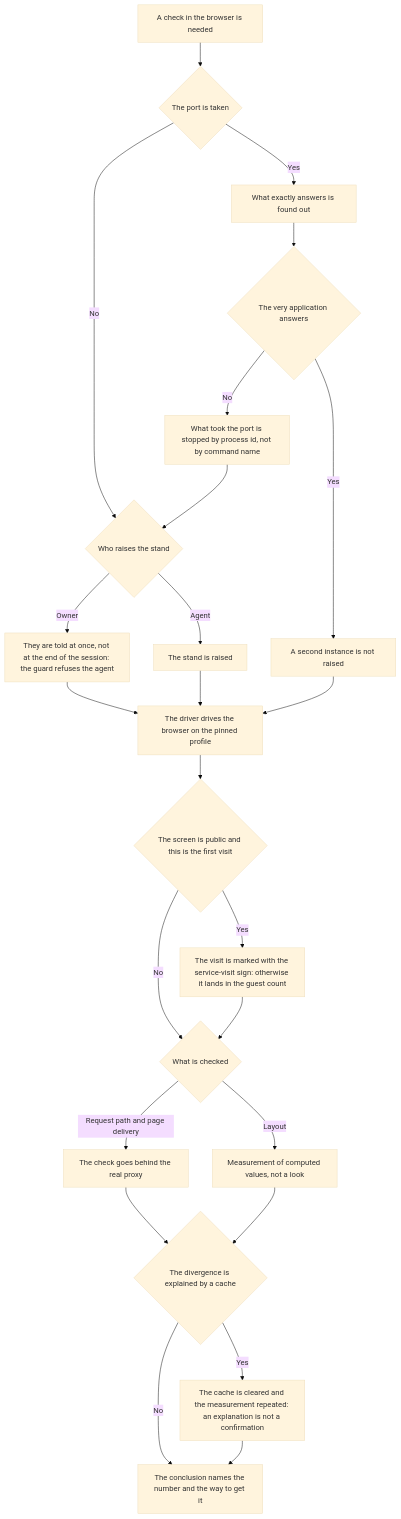
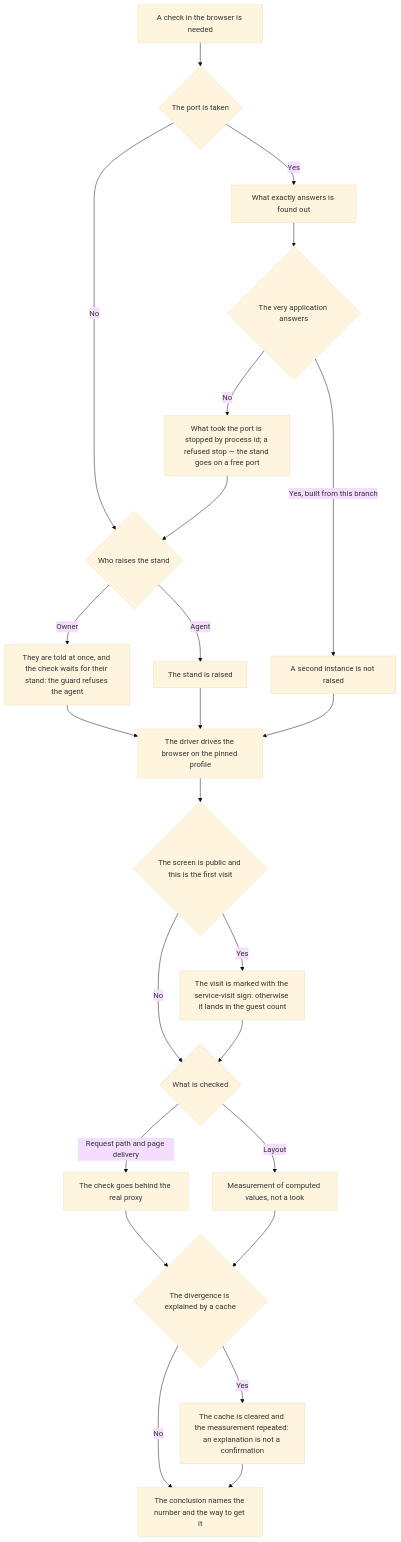
Before and after one commit to Eyhenij/rt-tools: the diagram in .claude/skills/browser-verification/SKILL.md, drawn with Mermaid (base theme). The commit also changed other lines of this file and 16 other files, not shown here.

````diff
--- a/.claude/skills/browser-verification/SKILL.md
+++ b/.claude/skills/browser-verification/SKILL.md
@@ -35,26 +35,26 @@
 ```mermaid
 flowchart TD
     A[A check in the browser is needed] --> B{The port is taken}
     B -->|Yes| C[What exactly answers is found out]
     B -->|No| D{Who raises the stand}
     C --> E{The very application answers}
-    E -->|Yes| F[A second instance is not raised]
-    E -->|No| T[What took the port is stopped by process id, not by command name]
+    E -->|Yes, built from this branch| F[A second instance is not raised]
+    E -->|No| T[What took the port is stopped by process id; a refused stop — the stand goes on a free port]
     T --> D
-    D -->|Owner| U[They are told at once, not at the end of the session: the guard refuses the agent]
+    D -->|Owner| U[They are told at once, and the check waits for their stand: the guard refuses the agent]
     D -->|Agent| V[The stand is raised]
     U --> G[The driver drives the browser on the pinned profile]
     V --> G
     F --> G
     G --> W{The screen is public and this is the first visit}
     W -->|Yes| X[The visit is marked with the service-visit sign: otherwise it lands in the guest count]
     W -->|No| H{What is checked}
     X --> H
     H -->|Request path and page delivery| I[The check goes behind the real proxy]
     H -->|Layout| J[Measurement of computed values, not a look]
     I --> K{The divergence is explained by a cache}
     J --> K
     K -->|Yes| L[The cache is cleared and the measurement repeated: an explanation is not a confirmation]
     K -->|No| M[The conclusion names the number and the way to get it]
     L --> M
 ```
````
